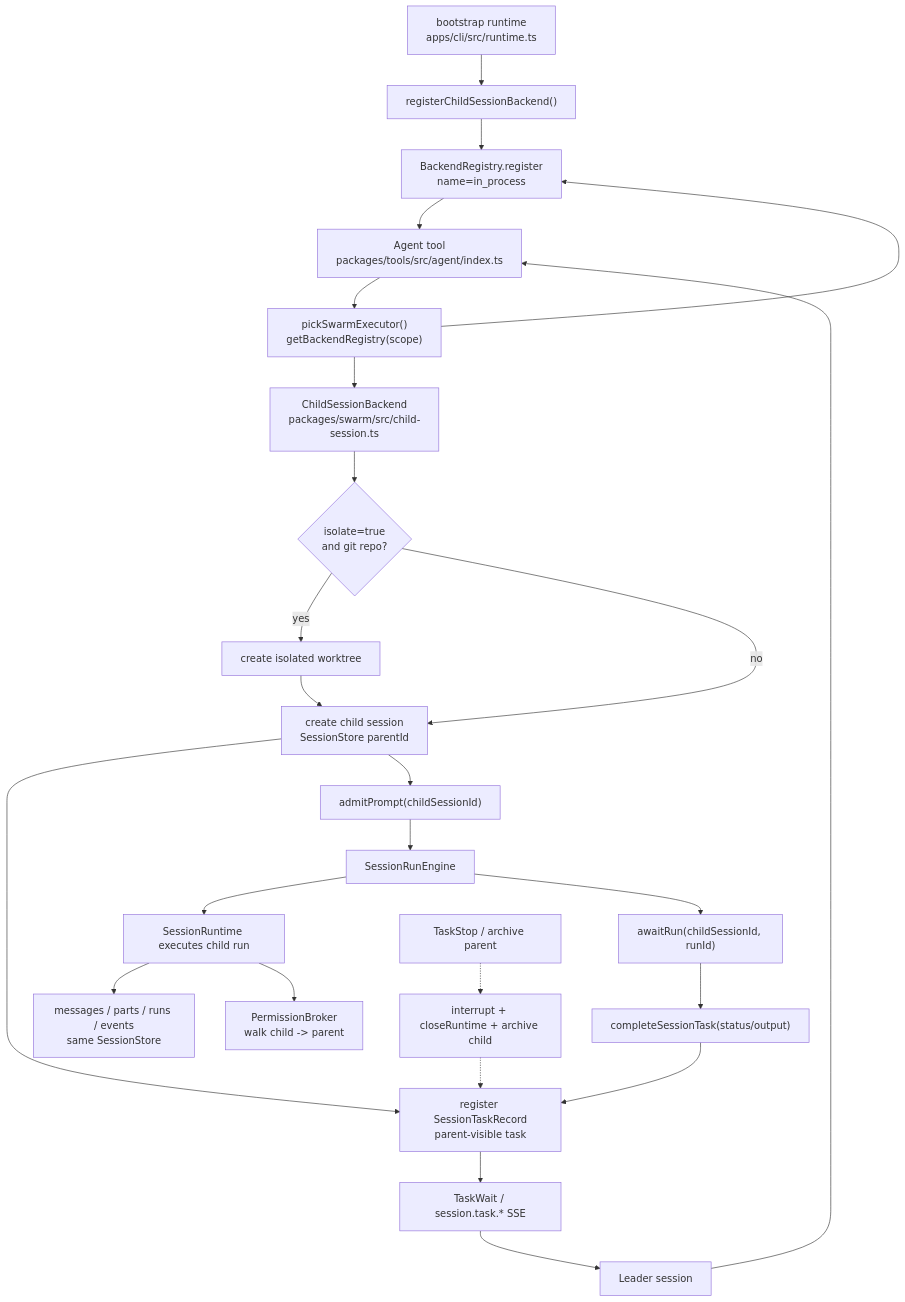
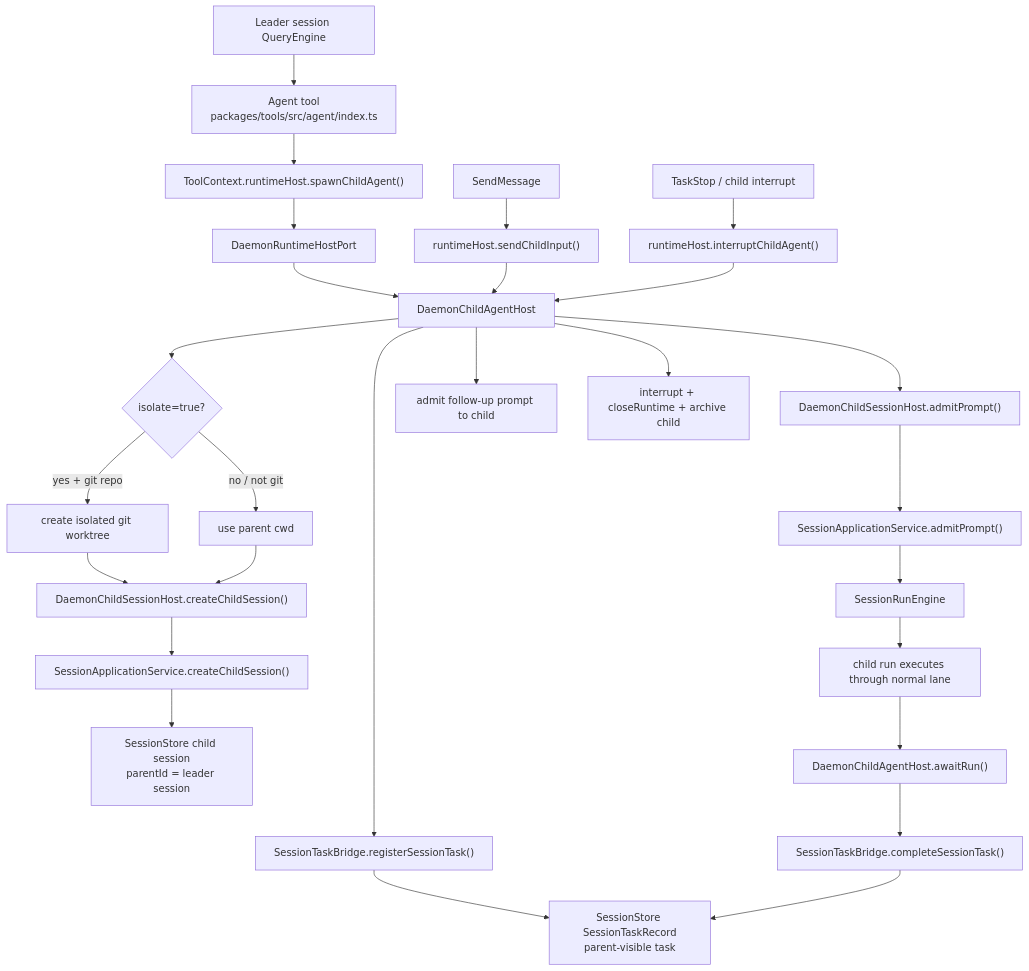
One commit to rzx007/openharness-ts changed the diagram in docs/agent-child-session-flow.md. Above: the diagram before and after it, drawn with Mermaid. The commit also changed other lines of this file and 8 other files, not shown here.

First line of the commit message:
docs: 记录 RuntimeHostPort 设计并同步 daemon 运行时文档

````diff
--- a/docs/agent-child-session-flow.md
+++ b/docs/agent-child-session-flow.md
@@ -17,31 +18,35 @@
 ```mermaid
 flowchart TD
-  bootstrap["bootstrap runtime<br/>apps/cli/src/runtime.ts"] --> register["registerChildSessionBackend()"]
-  register --> registry["BackendRegistry.register<br/>name=in_process"]
-  registry --> agent
+  leader["Leader session QueryEngine"] --> agent["Agent tool<br/>packages/tools/src/agent/index.ts"]
+  agent --> host["ToolContext.runtimeHost.spawnChildAgent()"]
+  host --> runtimeHost["DaemonRuntimeHostPort"]
+  runtimeHost --> childAgentHost["DaemonChildAgentHost"]
 
-  leader["Leader session"] --> agent["Agent tool<br/>packages/tools/src/agent/index.ts"]
-  agent --> pick["pickSwarmExecutor()<br/>getBackendRegistry(scope)"]
-  pick --> registry
-  pick --> backend["ChildSessionBackend<br/>packages/swarm/src/child-session.ts"]
-  backend --> worktree{"isolate=true<br/>and git repo?"}
-  worktree -->|yes| isolated["create isolated worktree"]
-  worktree -->|no| child
-  isolated --> child["create child session<br/>SessionStore parentId"]
+  childAgentHost --> isolate{"isolate=true?"}
+  isolate -->|"yes + git repo"| worktree["create isolated git worktree"]
+  isolate -->|"no / not git"| cwd["use parent cwd"]
+  worktree --> createChild["DaemonChildSessionHost.createChildSession()"]
+  cwd --> createChild
 
-  child --> task["register SessionTaskRecord<br/>parent-visible task"]
-  child --> admit["admitPrompt(childSessionId)"]
-  admit --> engine["SessionRunEngine"]
-  engine --> runtime["SessionRuntime executes child run"]
-  runtime --> events["messages / parts / runs / events<br/>same SessionStore"]
-  runtime --> perms["PermissionBroker<br/>walk child -> parent"]
+  createChild --> app["SessionApplicationService.createChildSession()"]
+  app --> storeChild["SessionStore child session<br/>parentId = leader session"]
 
-  engine --> await["awaitRun(childSessionId, runId)"]
-  await --> complete["completeSessionTask(status/output)"]
-  complete --> task
-  task --> wait["TaskWait / session.task.* SSE"]
-  wait --> leader
+  childAgentHost --> task["SessionTaskBridge.registerSessionTask()"]
+  task --> storeTask["SessionStore SessionTaskRecord<br/>parent-visible task"]
 
-  stop["TaskStop / archive parent"] -.-> interrupt["interrupt + closeRuntime + archive child"]
-  interrupt -.-> task
+  childAgentHost --> admit["DaemonChildSessionHost.admitPrompt()"]
+  admit --> appAdmit["SessionApplicationService.admitPrompt()"]
+  appAdmit --> engine["SessionRunEngine"]
+  engine --> childRun["child run executes through normal lane"]
+  childRun --> await["DaemonChildAgentHost.awaitRun()"]
+  await --> complete["SessionTaskBridge.completeSessionTask()"]
+  complete --> storeTask
+
+  send["SendMessage"] --> sendHost["runtimeHost.sendChildInput()"]
+  sendHost --> childAgentHost
+  childAgentHost --> admitFollowup["admit follow-up prompt to child"]
+
+  stop["TaskStop / child interrupt"] --> interrupt["runtimeHost.interruptChildAgent()"]
+  interrupt --> childAgentHost
+  childAgentHost --> archive["interrupt + closeRuntime + archive child"]
 ```
````
